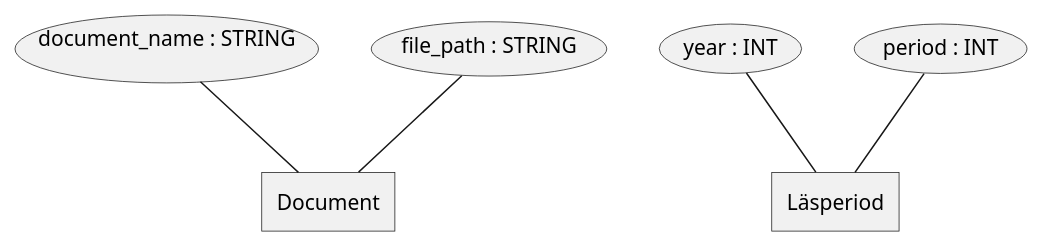
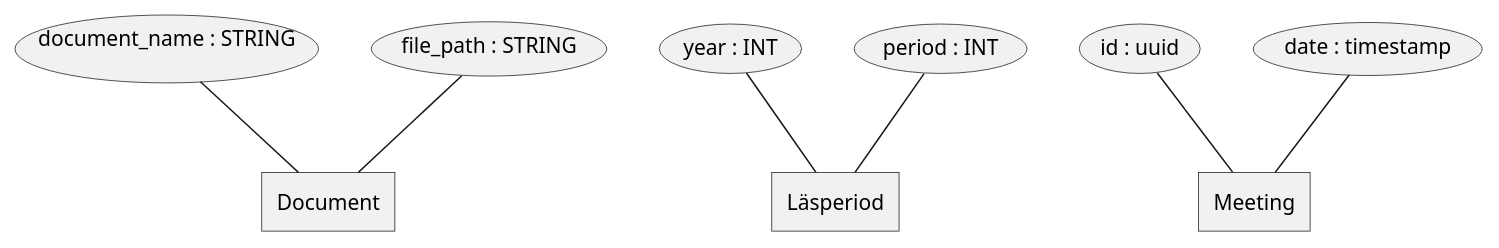
One commit to cthit/SummIT changed the diagram in documentation/er.puml. Above: the diagram before and after it, drawn with PlantUML.

Commit message:
i want to add that a meeting has documents... i dont know how

```diff
--- a/documentation/er.puml
+++ b/documentation/er.puml
@@ -1,13 +1,18 @@
 @startchen data_base_diagram
 
 entity "Document" as Doc {
     document_name : STRING
     file_path : STRING
 }
 
 entity "Läsperiod" as StudyPeriod {
     year : INT
     period : INT
 }
 
+entity "Meeting" as Meeting {
+    id : uuid
+    date : timestamp
+}
+
 @endchen
```
